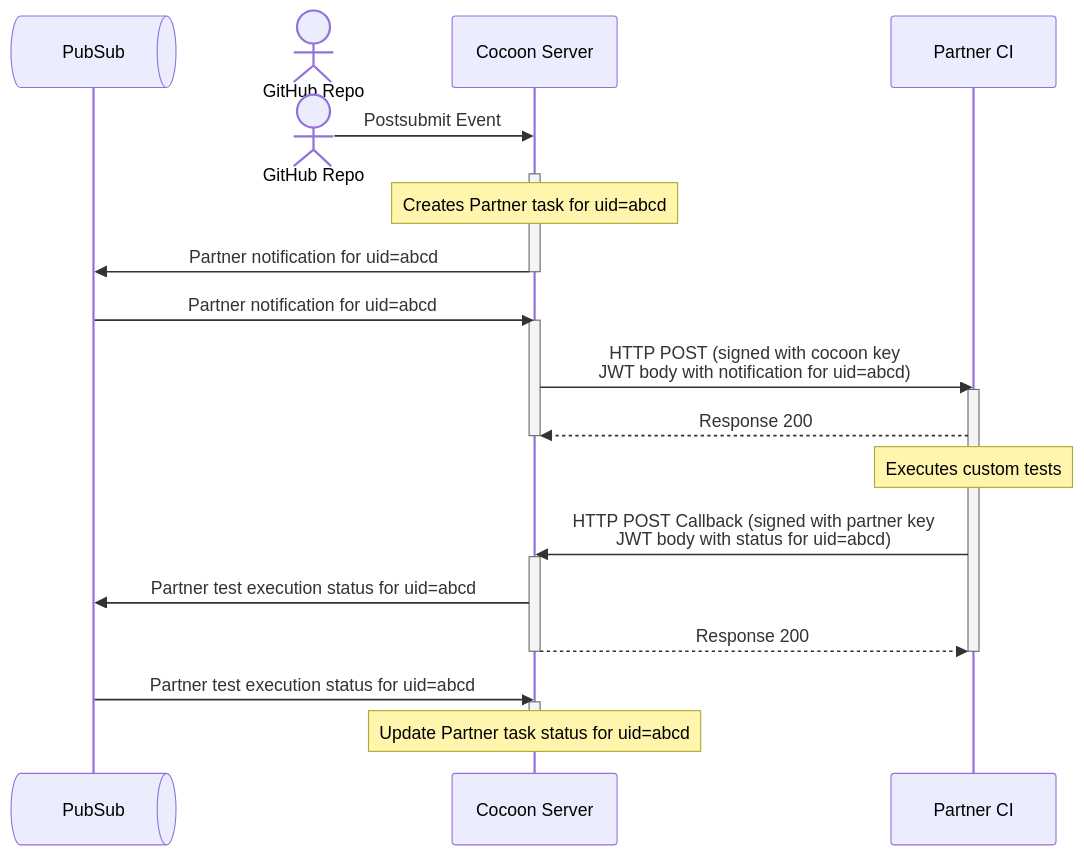
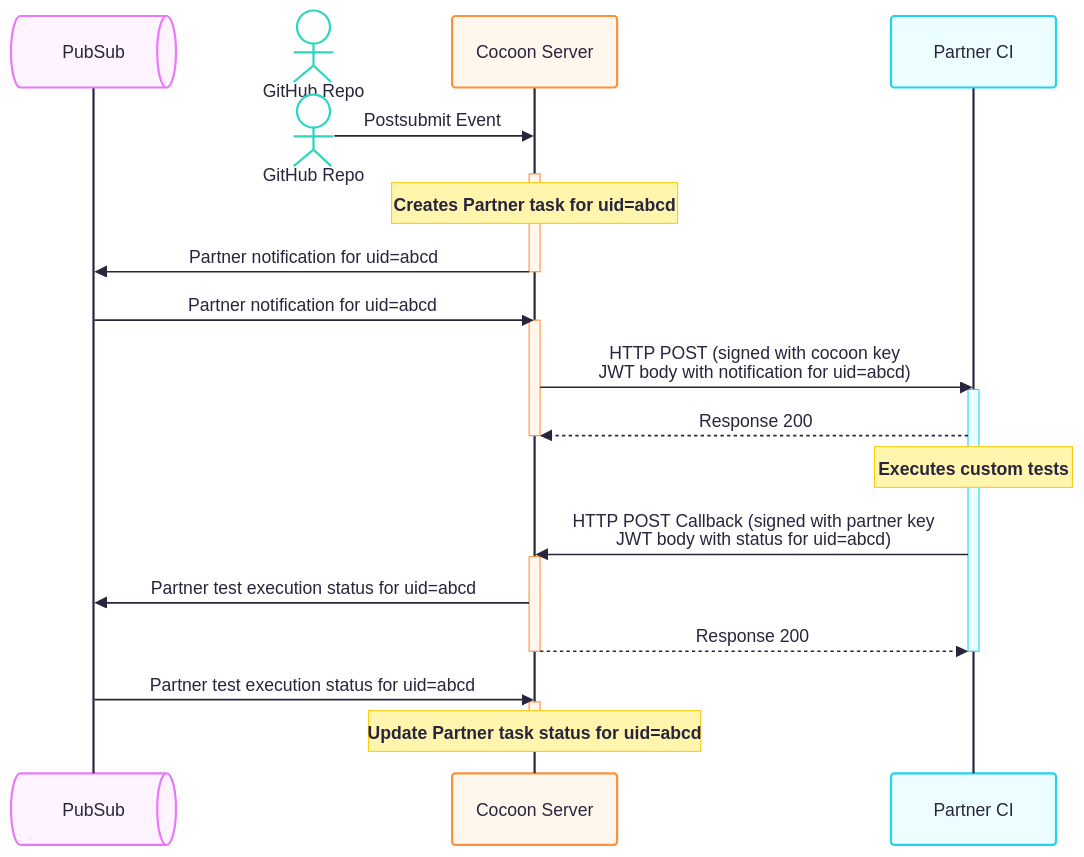
One commit to flutter/rfc changed the first of 4 diagrams in rfc/610.0000-flutter-pluggable-ci.md. Above: the diagram before and after it, drawn with Mermaid. The commit also changed other lines of this file, not shown here.

Commit message:
diagram theme

````diff
--- a/rfc/610.0000-flutter-pluggable-ci.md
+++ b/rfc/610.0000-flutter-pluggable-ci.md
@@ -49,30 +49,34 @@
 ```mermaid
+---
+config:
+  theme: redux-color
+---
 sequenceDiagram
    participant PubSub@{"type":"queue"}
    actor GitHub as GitHub Repo
    participant Cocoon as Cocoon Server
    participant Partner as Partner CI
    destroy GitHub
    GitHub->>Cocoon: Postsubmit Event
    activate Cocoon
    Note over Cocoon: Creates Partner task for uid=abcd
    Cocoon->>PubSub: Partner notification for uid=abcd
    deactivate Cocoon
    PubSub->>Cocoon: Partner notification for uid=abcd
    activate Cocoon
    Cocoon->>Partner: HTTP POST (signed with cocoon key<br/>JWT body with notification for uid=abcd)
    activate Partner
    Partner-->>Cocoon: Response 200
    deactivate Cocoon
    Note over Partner: Executes custom tests
    Partner->>Cocoon: HTTP POST Callback (signed with partner key<br/>JWT body with status for uid=abcd)  
    activate Cocoon
    Cocoon->>PubSub: Partner test execution status for uid=abcd
    Cocoon-->>Partner: Response 200
    deactivate Cocoon
    deactivate Partner
    PubSub->>Cocoon: Partner test execution status for uid=abcd
    activate Cocoon
    Note over Cocoon: Update Partner task status for uid=abcd
    deactivate Cocoon
 ```
````
